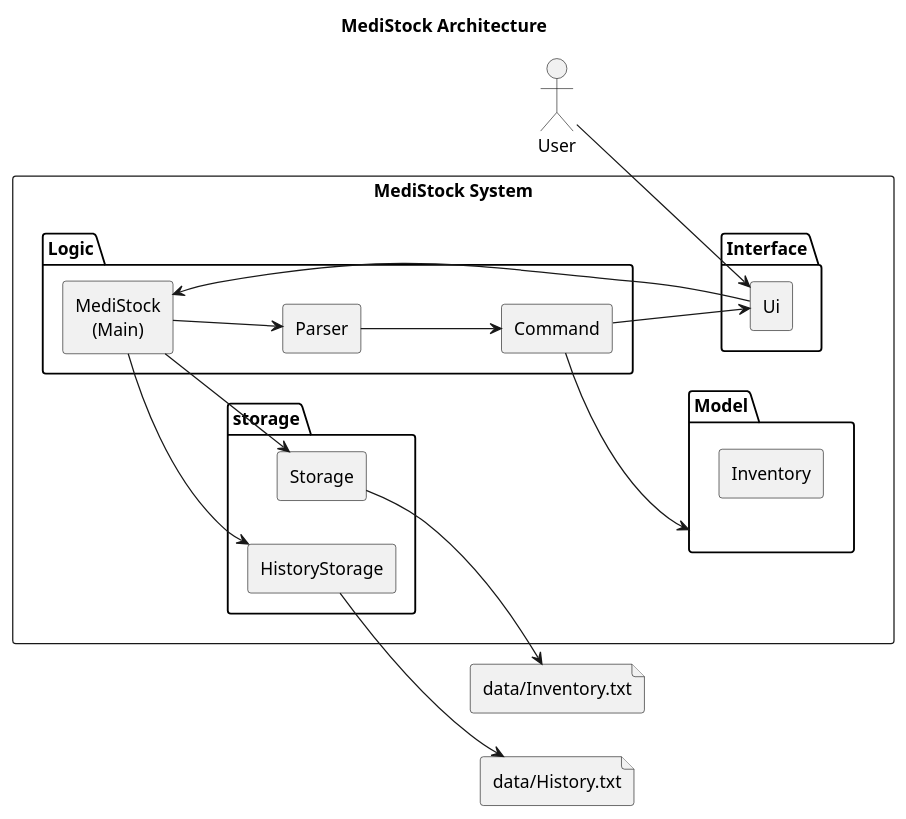
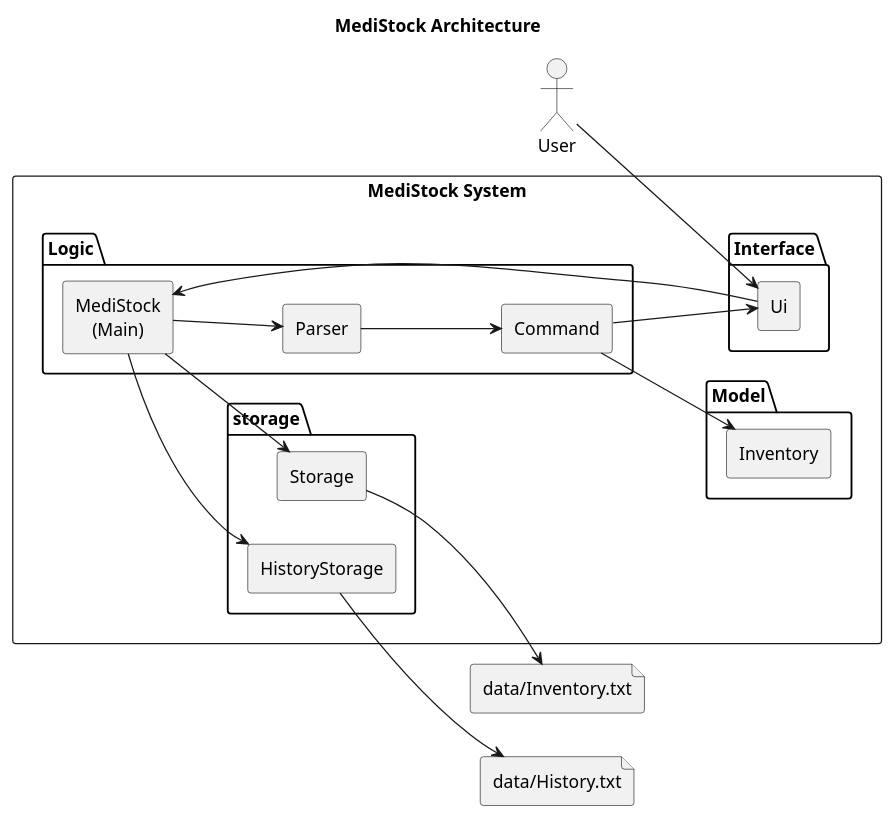
One commit to manudagur87/tp changed the diagram in docs/uml/ArchitectureDiagram.puml. Above: the diagram before and after it, drawn with PlantUML. The commit also changed 2 other files, not shown here.

Commit message:
Add Architecture Diagram + short description

```diff
--- a/docs/uml/ArchitectureDiagram.puml
+++ b/docs/uml/ArchitectureDiagram.puml
@@ -1,48 +1,48 @@
 @startuml
 title MediStock Architecture
 left to right direction
 
 skinparam shadowing false
 skinparam componentStyle rectangle
 skinparam defaultTextAlignment center
 
 actor User
 
 rectangle "MediStock System" {
   package "Interface" {
     component Ui
   }
 
   package "Logic" {
     component "MediStock\n(Main)" as Main
     component Parser
     component Command
   }
 
   package "Model" {
     component "Inventory"
   }
 
   package "storage" {
     component Storage
     component HistoryStorage
   }
 }
 
 file "data/Inventory.txt" as InventoryFile
 file "data/History.txt" as HistoryFile
 
 User --> Ui
 Ui --> Main
 Main --> Parser
 Parser --> Command
-Command --> Model
+Command --> "Inventory"
 Command --> Ui
 
 Main --> Storage
 Main --> HistoryStorage
 
 Storage --> InventoryFile
 HistoryStorage --> HistoryFile
 
 @enduml
```
